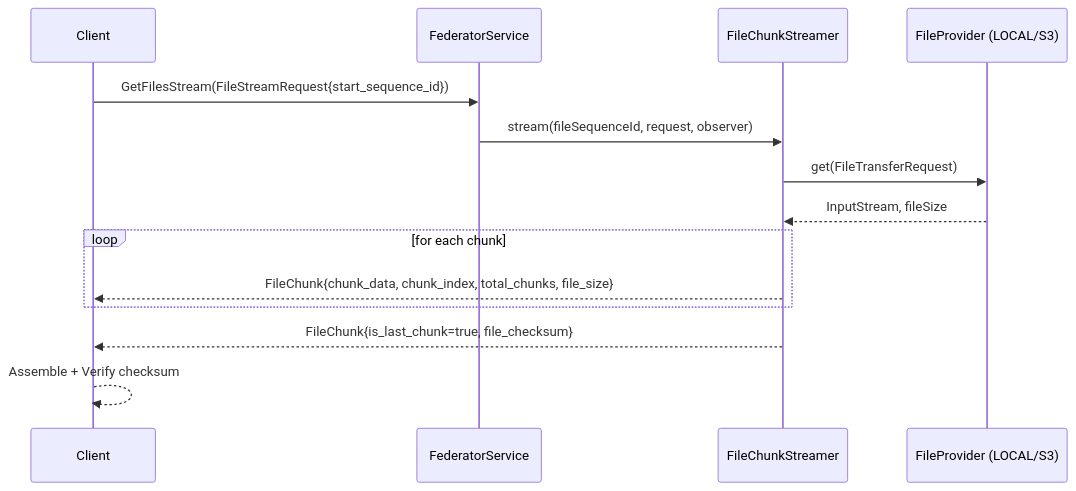
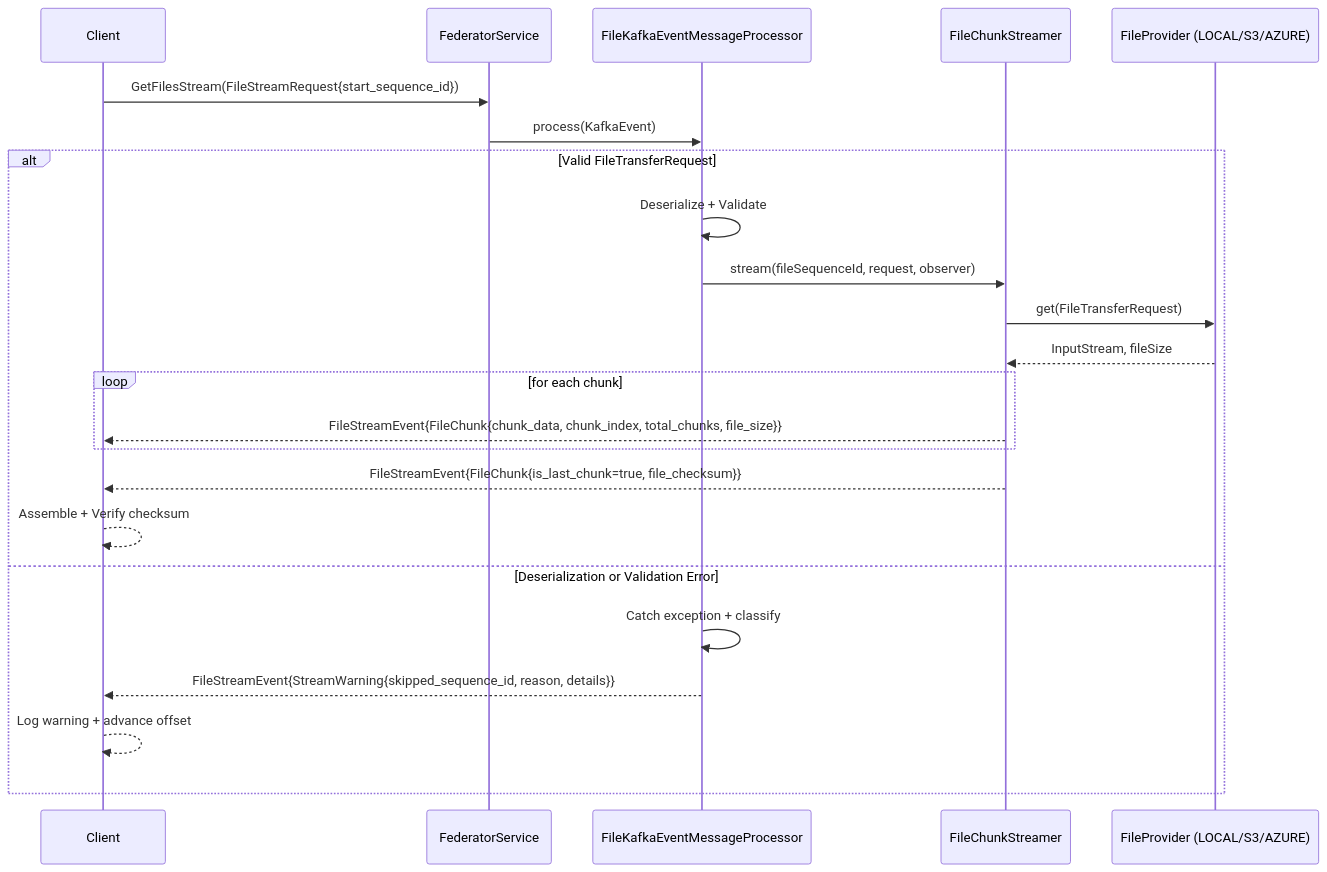
Before and after one commit to National-Digital-Twin/federator: the second of 10 diagrams in docs/FILE_STREAMINING_README.md, drawn with Mermaid. The commit also changed other lines of this file and 14 other files, not shown here.

````diff
--- a/docs/FILE_STREAMINING_README.md
+++ b/docs/FILE_STREAMINING_README.md
@@ -45,17 +47,27 @@
 ```mermaid
 sequenceDiagram
     participant Client
     participant Service as FederatorService
+    participant Processor as FileKafkaEventMessageProcessor
     participant Streamer as FileChunkStreamer
-    participant Storage as FileProvider (LOCAL/S3)
+    participant Storage as FileProvider (LOCAL/S3/AZURE)
 
     Client->>Service: GetFilesStream(FileStreamRequest{start_sequence_id})
-    Service->>Streamer: stream(fileSequenceId, request, observer)
-    Streamer->>Storage: get(FileTransferRequest)
-    Storage-->>Streamer: InputStream, fileSize
-    loop for each chunk
-        Streamer-->>Client: FileChunk{chunk_data, chunk_index, total_chunks, file_size}
+    Service->>Processor: process(KafkaEvent)
+    
+    alt Valid FileTransferRequest
+        Processor->>Processor: Deserialize + Validate
+        Processor->>Streamer: stream(fileSequenceId, request, observer)
+        Streamer->>Storage: get(FileTransferRequest)
+        Storage-->>Streamer: InputStream, fileSize
+        loop for each chunk
+            Streamer-->>Client: FileStreamEvent{FileChunk{chunk_data, chunk_index, total_chunks, file_size}}
+        end
+        Streamer-->>Client: FileStreamEvent{FileChunk{is_last_chunk=true, file_checksum}}
+        Client-->>Client: Assemble + Verify checksum
+    else Deserialization or Validation Error
+        Processor->>Processor: Catch exception + classify
+        Processor-->>Client: FileStreamEvent{StreamWarning{skipped_sequence_id, reason, details}}
+        Client-->>Client: Log warning + advance offset
     end
-    Streamer-->>Client: FileChunk{is_last_chunk=true, file_checksum}
-    Client-->>Client: Assemble + Verify checksum
 ```
````
